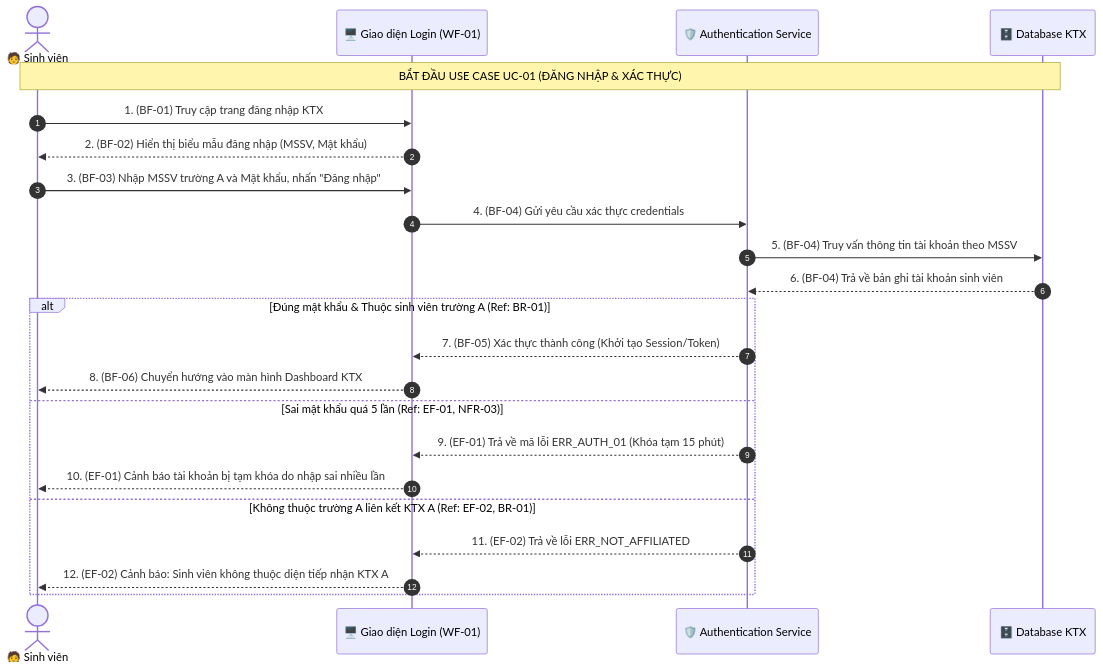
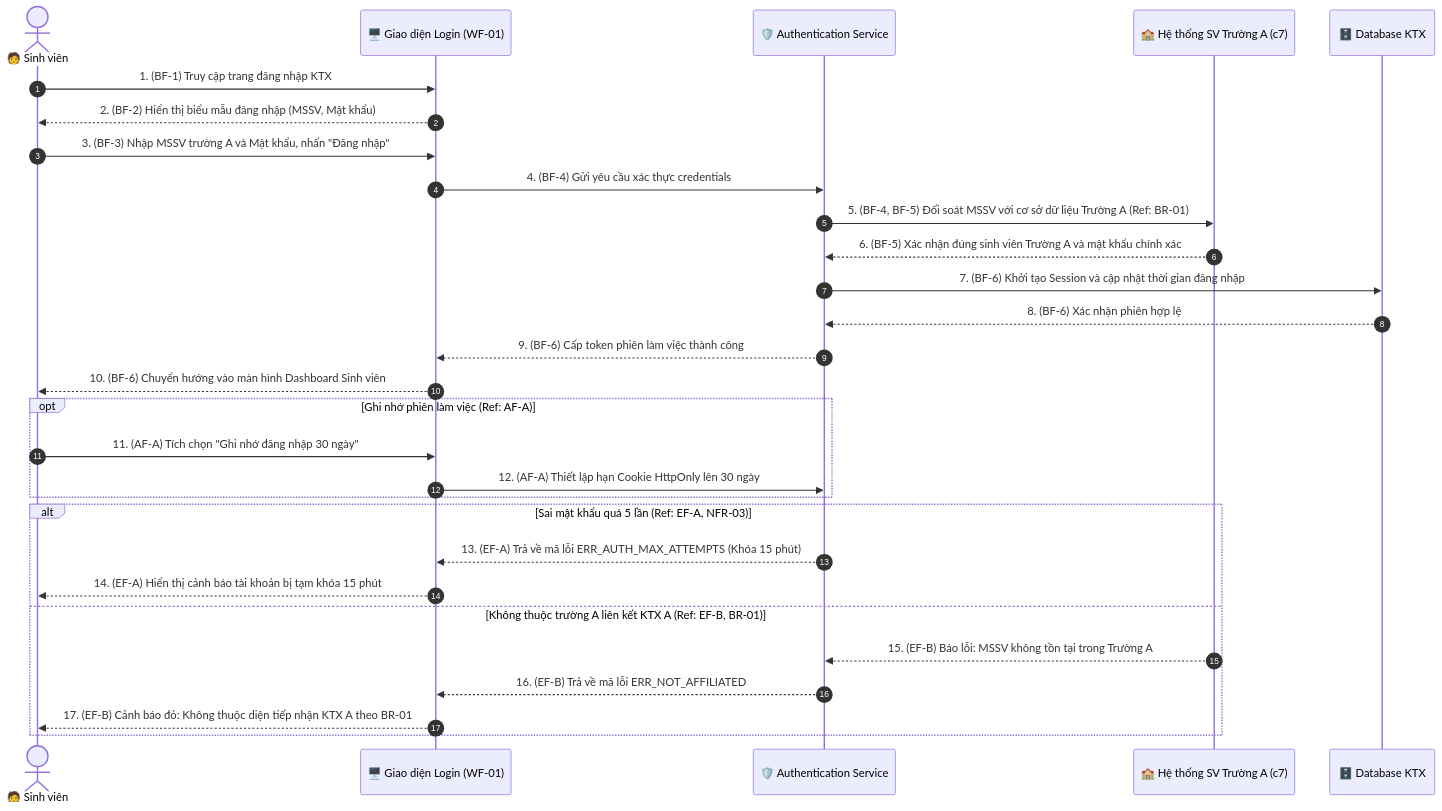
One commit to kiet00394-collab/system- changed the first of 6 diagrams in docs/dac_ta_usecase_va_sequence.md. Above: the diagram before and after it, drawn with Mermaid. The commit also changed other lines of this file and 10 other files, not shown here.

First line of the commit message:
feat(docs-ui): integrate KTX_Smart_Match_UseCase.drawio and align specs with teacher slide standards

````diff
--- a/docs/dac_ta_usecase_va_sequence.md
+++ b/docs/dac_ta_usecase_va_sequence.md
@@ -72,28 +112,34 @@
 ```mermaid
 sequenceDiagram
     autonumber
     actor SV as 🧑 Sinh viên
     participant UI as 🖥️ Giao diện Login (WF-01)
     participant Auth as 🛡️ Authentication Service
+    participant SchoolA as 🏫 Hệ thống SV Trường A (c7)
     participant DB as 🗄️ Database KTX
 
-    Note over SV, DB: BẮT ĐẦU USE CASE UC-01 (ĐĂNG NHẬP & XÁC THỰC)
-    SV->>UI: 1. (BF-01) Truy cập trang đăng nhập KTX
-    UI-->>SV: 2. (BF-02) Hiển thị biểu mẫu đăng nhập (MSSV, Mật khẩu)
-    SV->>UI: 3. (BF-03) Nhập MSSV trường A và Mật khẩu, nhấn "Đăng nhập"
-    
-    UI->>Auth: 4. (BF-04) Gửi yêu cầu xác thực credentials
-    Auth->>DB: 5. (BF-04) Truy vấn thông tin tài khoản theo MSSV
-    DB-->>Auth: 6. (BF-04) Trả về bản ghi tài khoản sinh viên
+    SV->>UI: 1. (BF-1) Truy cập trang đăng nhập KTX
+    UI-->>SV: 2. (BF-2) Hiển thị biểu mẫu đăng nhập (MSSV, Mật khẩu)
+    SV->>UI: 3. (BF-3) Nhập MSSV trường A và Mật khẩu, nhấn "Đăng nhập"
+    UI->>Auth: 4. (BF-4) Gửi yêu cầu xác thực credentials
+    Auth->>SchoolA: 5. (BF-4, BF-5) Đối soát MSSV với cơ sở dữ liệu Trường A (Ref: BR-01)
+    SchoolA-->>Auth: 6. (BF-5) Xác nhận đúng sinh viên Trường A và mật khẩu chính xác
+    Auth->>DB: 7. (BF-6) Khởi tạo Session và cập nhật thời gian đăng nhập
+    DB-->>Auth: 8. (BF-6) Xác nhận phiên hợp lệ
+    Auth-->>UI: 9. (BF-6) Cấp token phiên làm việc thành công
+    UI-->>SV: 10. (BF-6) Chuyển hướng vào màn hình Dashboard Sinh viên
 
-    alt Đúng mật khẩu & Thuộc sinh viên trường A (Ref: BR-01)
-        Auth-->>UI: 7. (BF-05) Xác thực thành công (Khởi tạo Session/Token)
-        UI-->>SV: 8. (BF-06) Chuyển hướng vào màn hình Dashboard KTX
-    else Sai mật khẩu quá 5 lần (Ref: EF-01, NFR-03)
-        Auth-->>UI: 9. (EF-01) Trả về mã lỗi ERR_AUTH_01 (Khóa tạm 15 phút)
-        UI-->>SV: 10. (EF-01) Cảnh báo tài khoản bị tạm khóa do nhập sai nhiều lần
-    else Không thuộc trường A liên kết KTX A (Ref: EF-02, BR-01)
-        Auth-->>UI: 11. (EF-02) Trả về lỗi ERR_NOT_AFFILIATED
-        UI-->>SV: 12. (EF-02) Cảnh báo: Sinh viên không thuộc diện tiếp nhận KTX A
+    opt Ghi nhớ phiên làm việc (Ref: AF-A)
+        SV->>UI: 11. (AF-A) Tích chọn "Ghi nhớ đăng nhập 30 ngày"
+        UI->>Auth: 12. (AF-A) Thiết lập hạn Cookie HttpOnly lên 30 ngày
+    end
+
+    alt Sai mật khẩu quá 5 lần (Ref: EF-A, NFR-03)
+        Auth-->>UI: 13. (EF-A) Trả về mã lỗi ERR_AUTH_MAX_ATTEMPTS (Khóa 15 phút)
+        UI-->>SV: 14. (EF-A) Hiển thị cảnh báo tài khoản bị tạm khóa 15 phút
+    else Không thuộc trường A liên kết KTX A (Ref: EF-B, BR-01)
+        SchoolA-->>Auth: 15. (EF-B) Báo lỗi: MSSV không tồn tại trong Trường A
+        Auth-->>UI: 16. (EF-B) Trả về mã lỗi ERR_NOT_AFFILIATED
+        UI-->>SV: 17. (EF-B) Cảnh báo đỏ: Không thuộc diện tiếp nhận KTX A theo BR-01
     end
 ```
````
